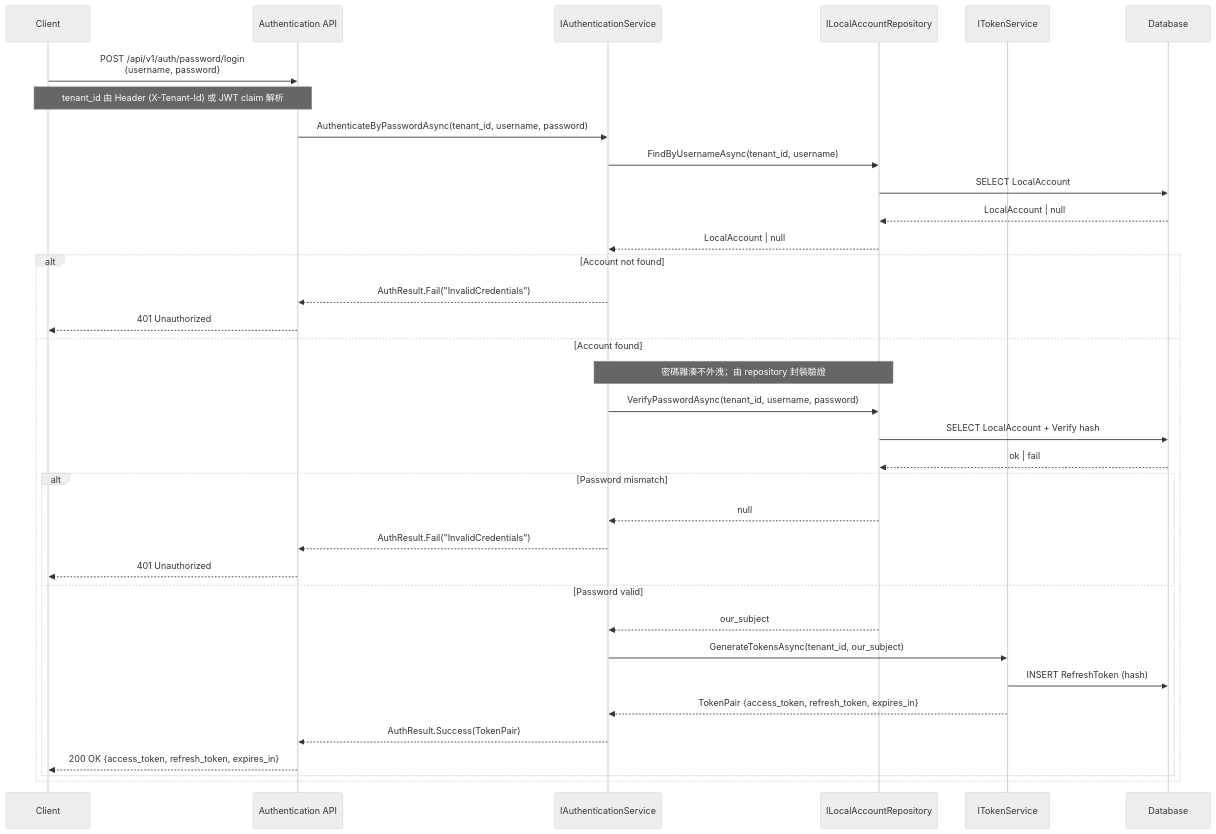
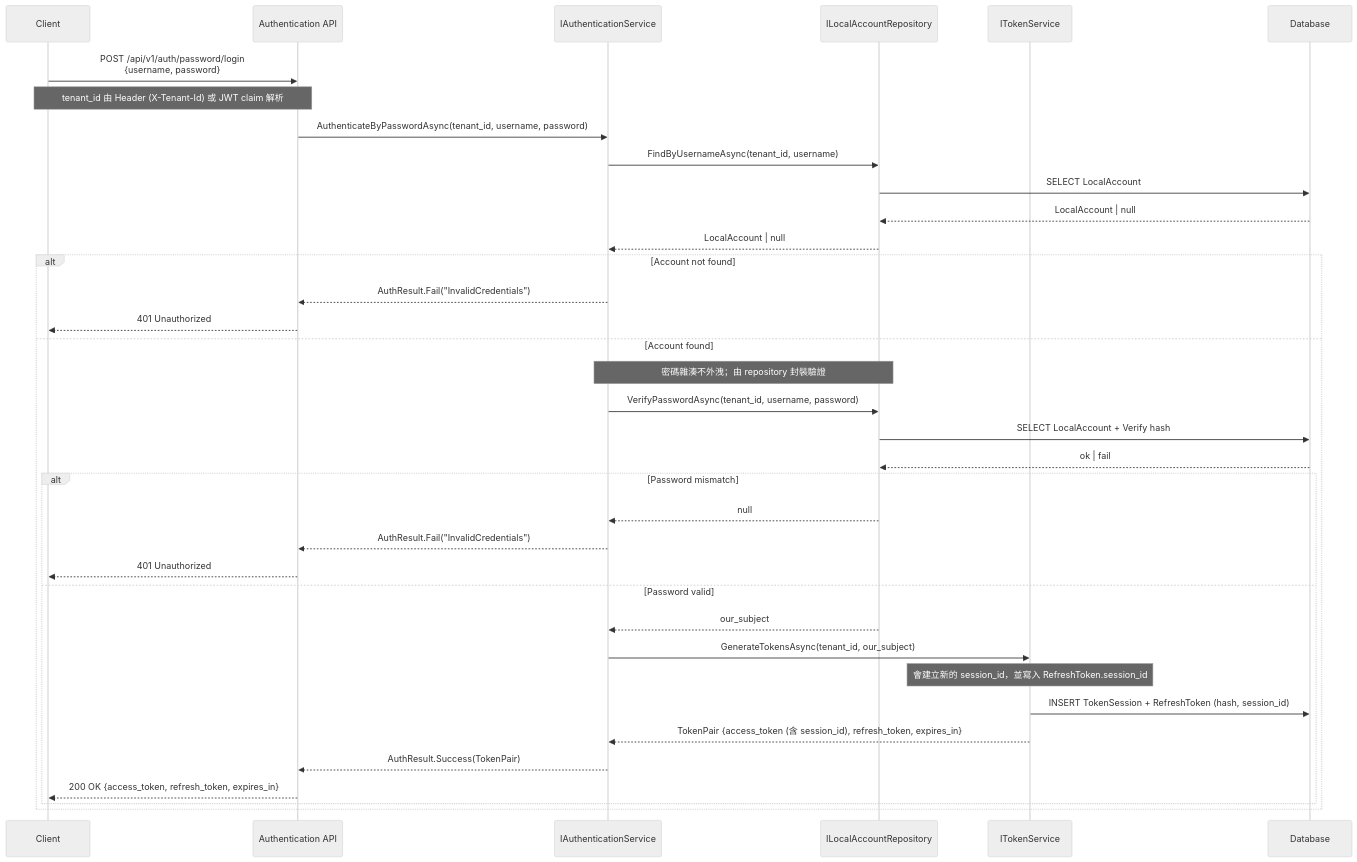
The first of 12 diagrams in docs/SequenceDiagrams.md (Bird73/Service), drawn with Mermaid (neutral theme) before and after one commit. The commit also changed other lines of this file and 57 other files, not shown here.

````diff
--- a/docs/SequenceDiagrams.md
+++ b/docs/SequenceDiagrams.md
@@ -9,39 +9,40 @@
 ```mermaid
 sequenceDiagram
     participant C as Client
     participant API as Authentication API
     participant AS as IAuthenticationService
     participant LA as ILocalAccountRepository
     participant TS as ITokenService
     participant DB as Database
 
     C->>API: POST /api/v1/auth/password/login<br/>{username, password}
     note over C,API: tenant_id 由 Header (X-Tenant-Id) 或 JWT claim 解析
     API->>AS: AuthenticateByPasswordAsync(tenant_id, username, password)
     AS->>LA: FindByUsernameAsync(tenant_id, username)
     LA->>DB: SELECT LocalAccount
     DB-->>LA: LocalAccount | null
     LA-->>AS: LocalAccount | null
 
     alt Account not found
         AS-->>API: AuthResult.Fail("InvalidCredentials")
         API-->>C: 401 Unauthorized
     else Account found
         note over AS,LA: 密碼雜湊不外洩；由 repository 封裝驗證
         AS->>LA: VerifyPasswordAsync(tenant_id, username, password)
         LA->>DB: SELECT LocalAccount + Verify hash
         DB-->>LA: ok | fail
         alt Password mismatch
             LA-->>AS: null
             AS-->>API: AuthResult.Fail("InvalidCredentials")
             API-->>C: 401 Unauthorized
         else Password valid
             LA-->>AS: our_subject
             AS->>TS: GenerateTokensAsync(tenant_id, our_subject)
-            TS->>DB: INSERT RefreshToken (hash)
-            TS-->>AS: TokenPair {access_token, refresh_token, expires_in}
+            note over TS: 會建立新的 session_id，並寫入 RefreshToken.session_id
+            TS->>DB: INSERT TokenSession + RefreshToken (hash, session_id)
+            TS-->>AS: TokenPair {access_token (含 session_id), refresh_token, expires_in}
             AS-->>API: AuthResult.Success(TokenPair)
             API-->>C: 200 OK {access_token, refresh_token, expires_in}
         end
     end
 ```
````
